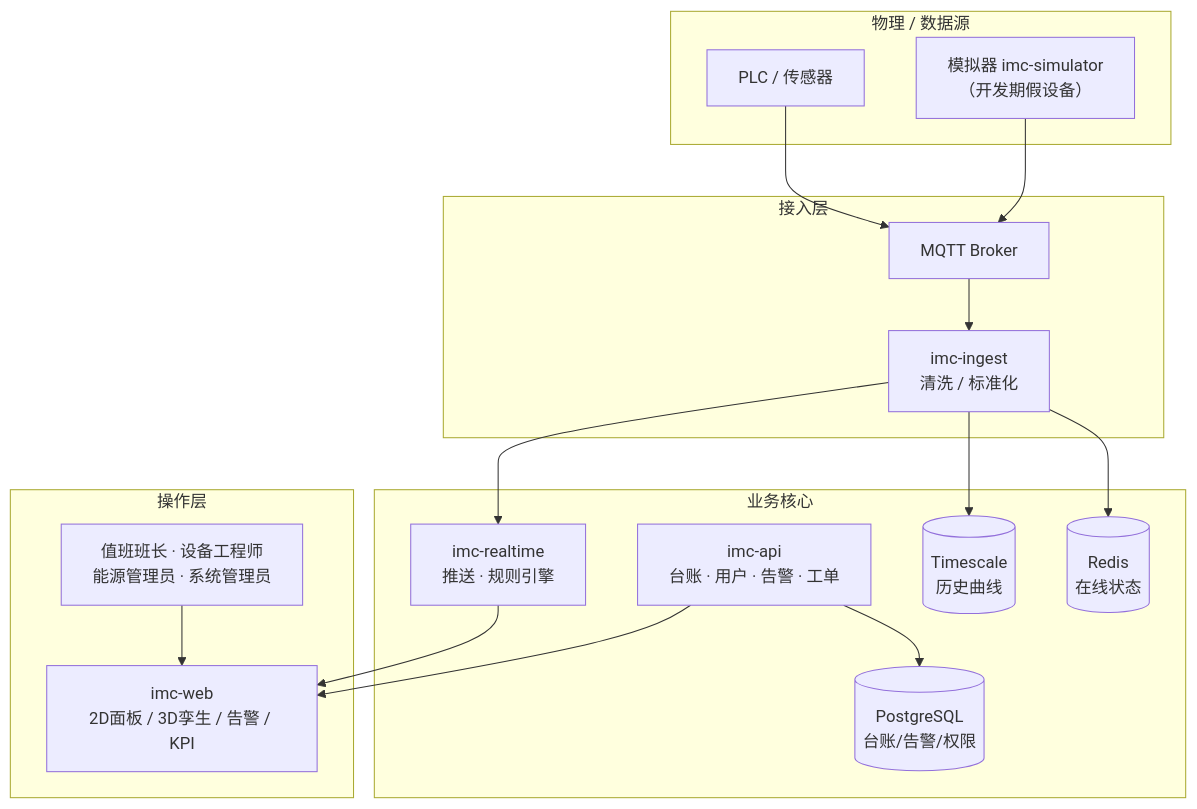
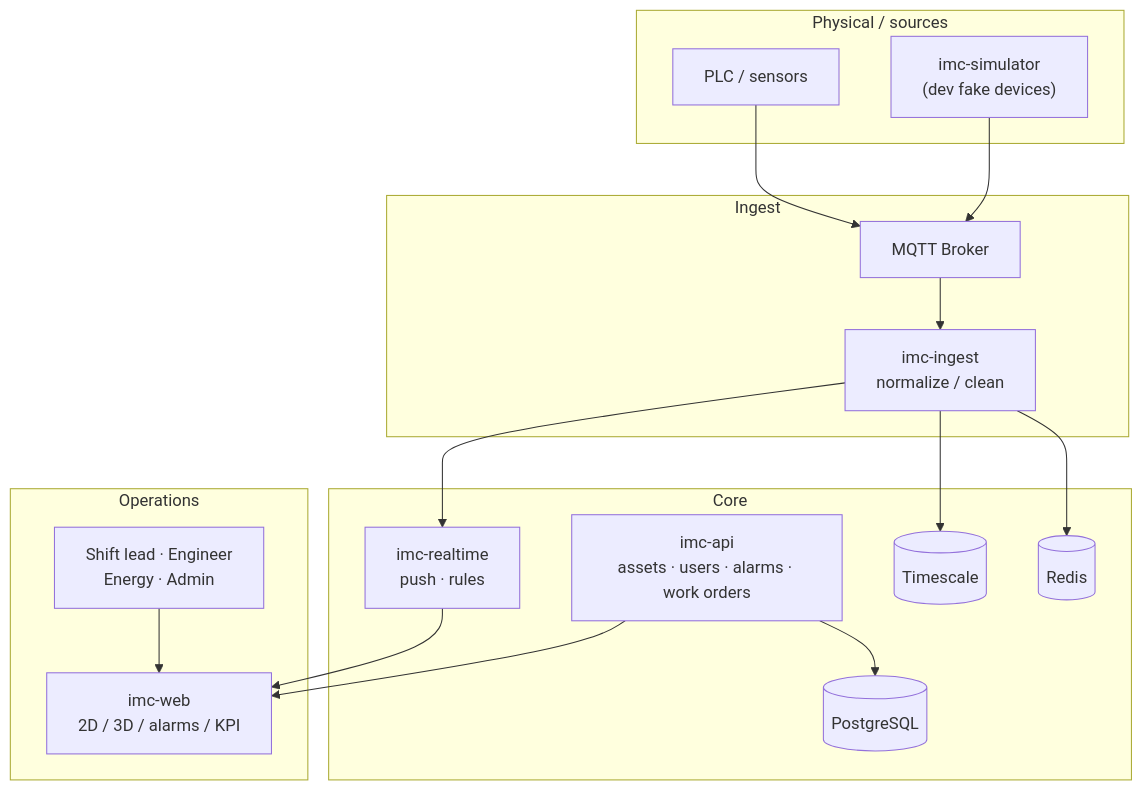
Before and after one commit to tiankewei333-create/industrial-monitoring-center: the diagram in docs/business-logic.md, drawn with Mermaid. The commit also changed other lines of this file and 97 other files, not shown here.

Commit message:
complete work orders

````diff
--- a/docs/business-logic.md
+++ b/docs/business-logic.md
@@ -18,36 +17,36 @@
 ```mermaid
 flowchart TB
-  subgraph Physical["物理 / 数据源"]
-    PLC["PLC / 传感器"]
-    SIM["模拟器 imc-simulator<br/>（开发期假设备）"]
+  subgraph Physical["Physical / sources"]
+    PLC["PLC / sensors"]
+    SIM["imc-simulator<br/>(dev fake devices)"]
   end
 
-  subgraph Ingest["接入层"]
+  subgraph Ingest["Ingest"]
     MQTT["MQTT Broker"]
-    ING["imc-ingest<br/>清洗 / 标准化"]
+    ING["imc-ingest<br/>normalize / clean"]
   end
 
-  subgraph Core["业务核心"]
-    API["imc-api<br/>台账 · 用户 · 告警 · 工单"]
-    RT["imc-realtime<br/>推送 · 规则引擎"]
-    PG[(PostgreSQL<br/>台账/告警/权限)]
-    TS[(Timescale<br/>历史曲线)]
-    RD[(Redis<br/>在线状态)]
+  subgraph Core["Core"]
+    API["imc-api<br/>assets · users · alarms · work orders"]
+    RT["imc-realtime<br/>push · rules"]
+    PG[(PostgreSQL)]
+    TS[(Timescale)]
+    RD[(Redis)]
   end
 
-  subgraph UI["操作层"]
-    WEB["imc-web<br/>2D面板 / 3D孪生 / 告警 / KPI"]
-    ROLE["值班班长 · 设备工程师<br/>能源管理员 · 系统管理员"]
+  subgraph UI["Operations"]
+    WEB["imc-web<br/>2D / 3D / alarms / KPI"]
+    ROLE["Shift lead · Engineer<br/>Energy · Admin"]
   end
 
   PLC --> MQTT
   SIM --> MQTT
   MQTT --> ING
   ING --> RT
   ING --> TS
   ING --> RD
   API --> PG
   RT --> WEB
   API --> WEB
   ROLE --> WEB
 ```
````
